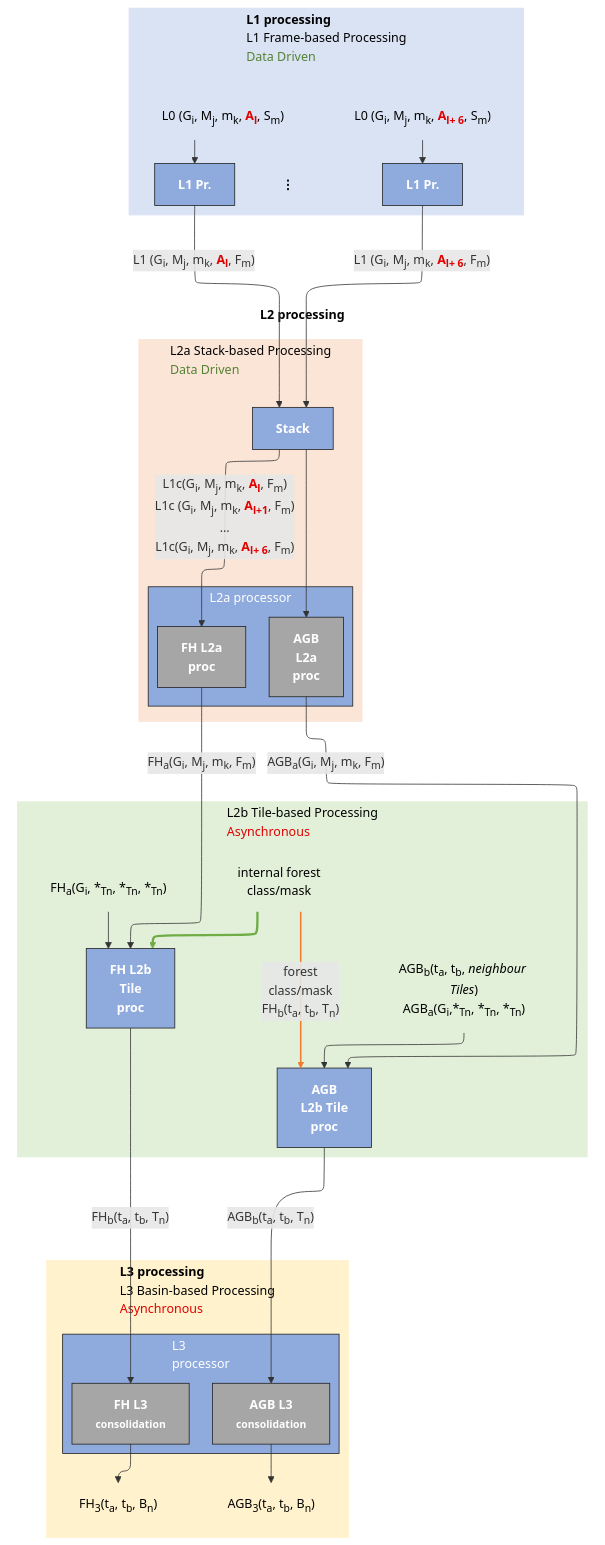
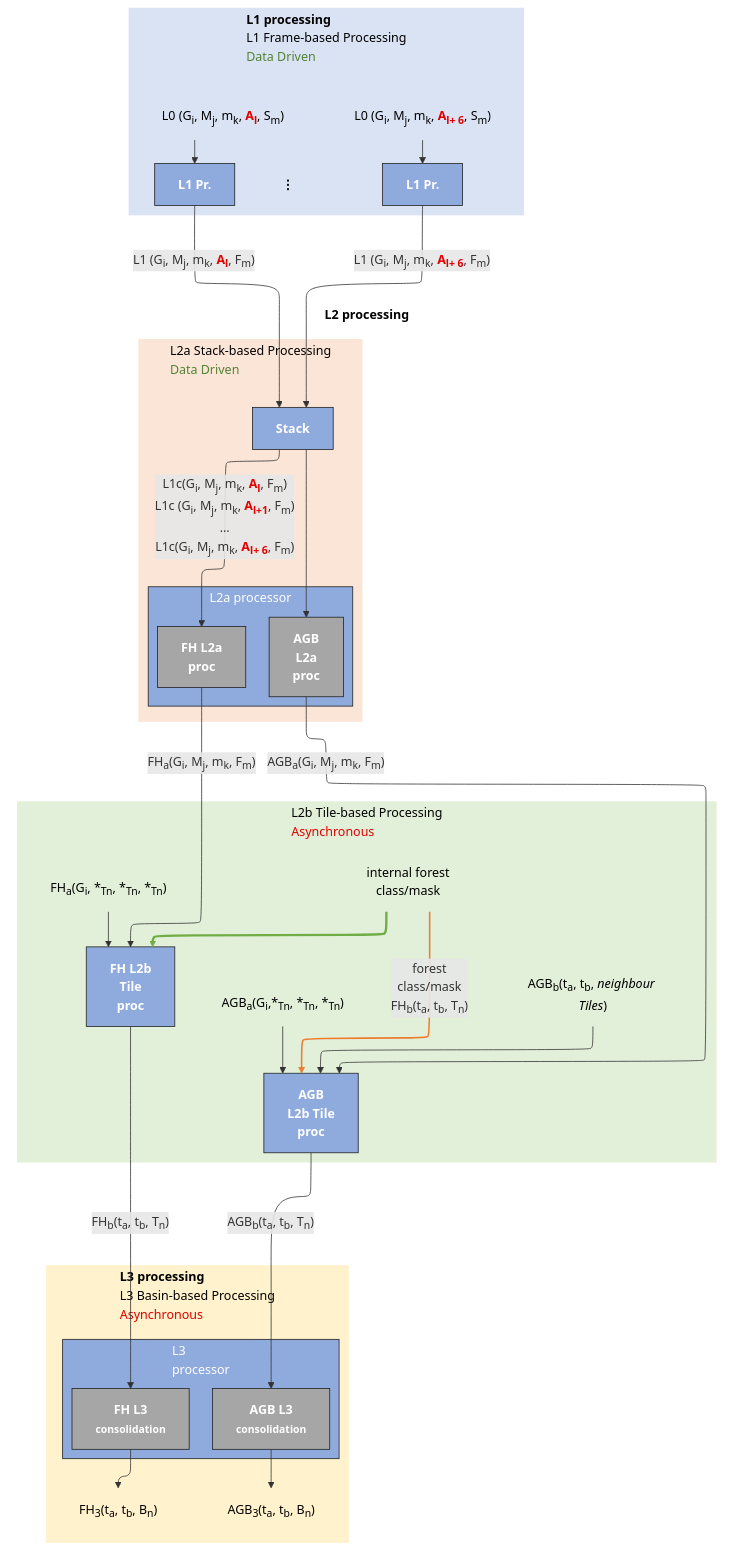
The first of 3 diagrams in docs/science-guide/atbd-l1-stack/02-bps-and-stack-processor-overview.md (BioPAL/BPS), drawn with Mermaid before and after one commit. The commit also changed other lines of this file and 5 other files, not shown here.

````diff
--- a/docs/science-guide/atbd-l1-stack/02-bps-and-stack-processor-overview.md
+++ b/docs/science-guide/atbd-l1-stack/02-bps-and-stack-processor-overview.md
@@ -27,7 +27,7 @@
 ```{mermaid}
 %%{init: {"theme": "default", "layout": "elk", "elk": {"nodePlacementStrategy": "NETWORK_SIMPLEX"}, "flowchart": {"diagramPadding": 4, "subGraphTitleMargin": {"top": 2, "bottom": 2}}}}%%
 flowchart TB
-  accTitle: Biomass high-level processing scheme from L0 data to L3 products, TOM phase
+  accTitle: Biomass high-level processing scheme from L0 data to L3 products, TOM phase.
   accDescr: Three stages, L1, L2 and L3 processing, in four lanes drawn side by side from left to right in the original and here from top to bottom. L1 Frame-based Processing (Data Driven): each L0 frame (G_i, M_j, m_k, A_l, S_m) up to A_l+6 goes through an L1 Pr. step, giving L1 (G_i, M_j, m_k, A_l, F_m) to A_l+6. L2a Stack-based Processing (Data Driven): the L1 frames are stacked; the stack, L1c(G_i, M_j, m_k, A_l, F_m) to A_l+6, feeds the FH L2a proc and AGB L2a proc steps of the L2a processor. L2b Tile-based Processing (Asynchronous): FH_a(G_i, M_j, m_k, F_m) and FH_a(G_i, *Tn, *Tn, *Tn) feed the FH L2b Tile proc, which also takes the internal forest class/mask; AGB_a(G_i, M_j, m_k, F_m), AGB_b(t_a, t_b, neighbour Tiles), AGB_a(G_i, *Tn, *Tn, *Tn) and the forest class/mask with FH_b(t_a, t_b, T_n) feed the AGB L2b Tile proc. L3 Basin-based Processing (Asynchronous): FH_b(t_a, t_b, T_n) and AGB_b(t_a, t_b, T_n) go to the FH L3 and AGB L3 consolidation steps of the L3 processor, which output FH_3(t_a, t_b, B_n) and AGB_3(t_a, t_b, B_n).
 
   %% Colours of the original figure. Each class sets its text colour too, so it
@@ -60,7 +60,8 @@
     subgraph L2B["L2b Tile-based Processing<br/><span style='color:#e00000'>Asynchronous</span>"]
       mask["internal forest<br/>class/mask"]:::data
       fhin["FH<sub>a</sub>(G<sub>i</sub>, *<sub>Tn</sub>, *<sub>Tn</sub>, *<sub>Tn</sub>)"]:::data
-      agbin["AGB<sub>b</sub>(t<sub>a</sub>, t<sub>b</sub>, <i>neighbour Tiles</i>)<br/>AGB<sub>a</sub>(G<sub>i</sub>,*<sub>Tn</sub>, *<sub>Tn</sub>, *<sub>Tn</sub>)"]:::data
+      agbinb["AGB<sub>b</sub>(t<sub>a</sub>, t<sub>b</sub>, <i>neighbour Tiles</i>)"]:::data
+      agbina["AGB<sub>a</sub>(G<sub>i</sub>,*<sub>Tn</sub>, *<sub>Tn</sub>, *<sub>Tn</sub>)"]:::data
       fhb["FH L2b<br/>Tile<br/>proc"]:::step
       agbb["AGB<br/>L2b Tile<br/>proc"]:::step
     end
@@ -85,13 +86,14 @@
   fha -- "FH<sub>a</sub>(G<sub>i</sub>, M<sub>j</sub>, m<sub>k</sub>, F<sub>m</sub>)" --> fhb
   agba -- "AGB<sub>a</sub>(G<sub>i</sub>, M<sub>j</sub>, m<sub>k</sub>, F<sub>m</sub>)" --> agbb
   fhin --> fhb
-  agbin --> agbb
+  agbinb --> agbb
   mask ==> fhb
   mask -- "forest<br/>class/mask<br/>FH<sub>b</sub>(t<sub>a</sub>, t<sub>b</sub>, T<sub>n</sub>)" --> agbb
   fhb -- "FH<sub>b</sub>(t<sub>a</sub>, t<sub>b</sub>, T<sub>n</sub>)" --> fh3
   agbb -- "AGB<sub>b</sub>(t<sub>a</sub>, t<sub>b</sub>, T<sub>n</sub>)" --> agb3
   fh3 --> fhout
   agb3 --> agbout
+  agbina --> agbb
 
   %% lane colours (fill and text colour: readable in both site themes)
   style L2P fill:none,stroke:none,color:#000000
````
